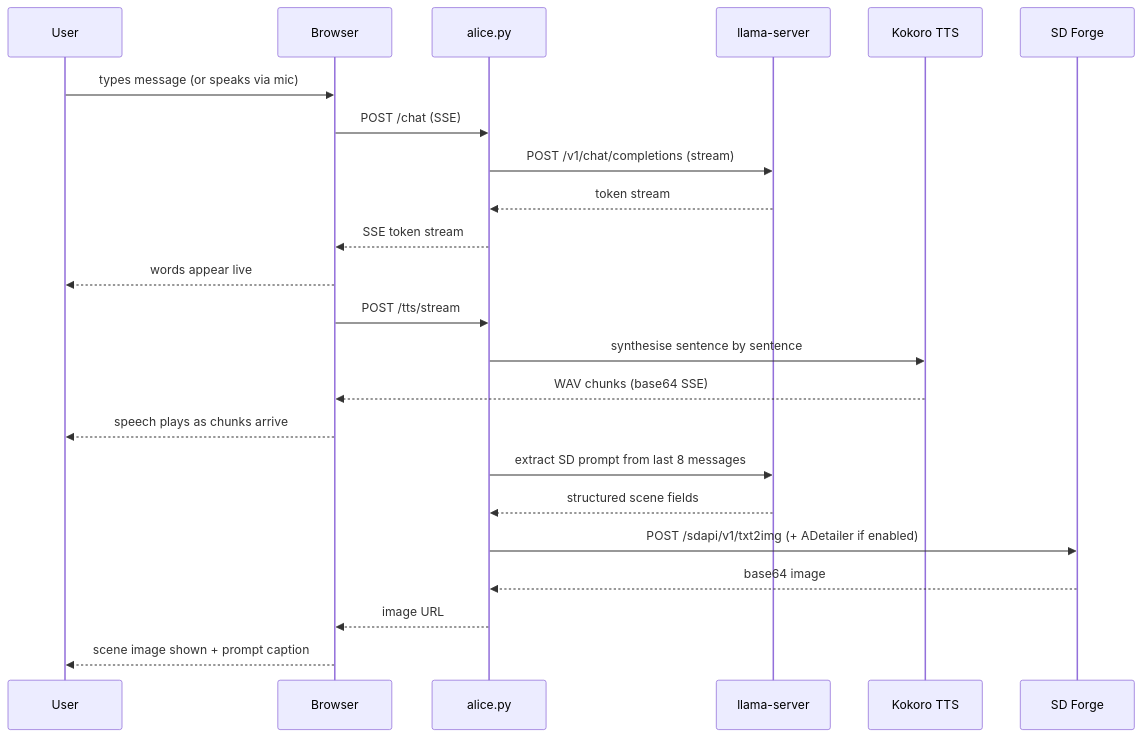
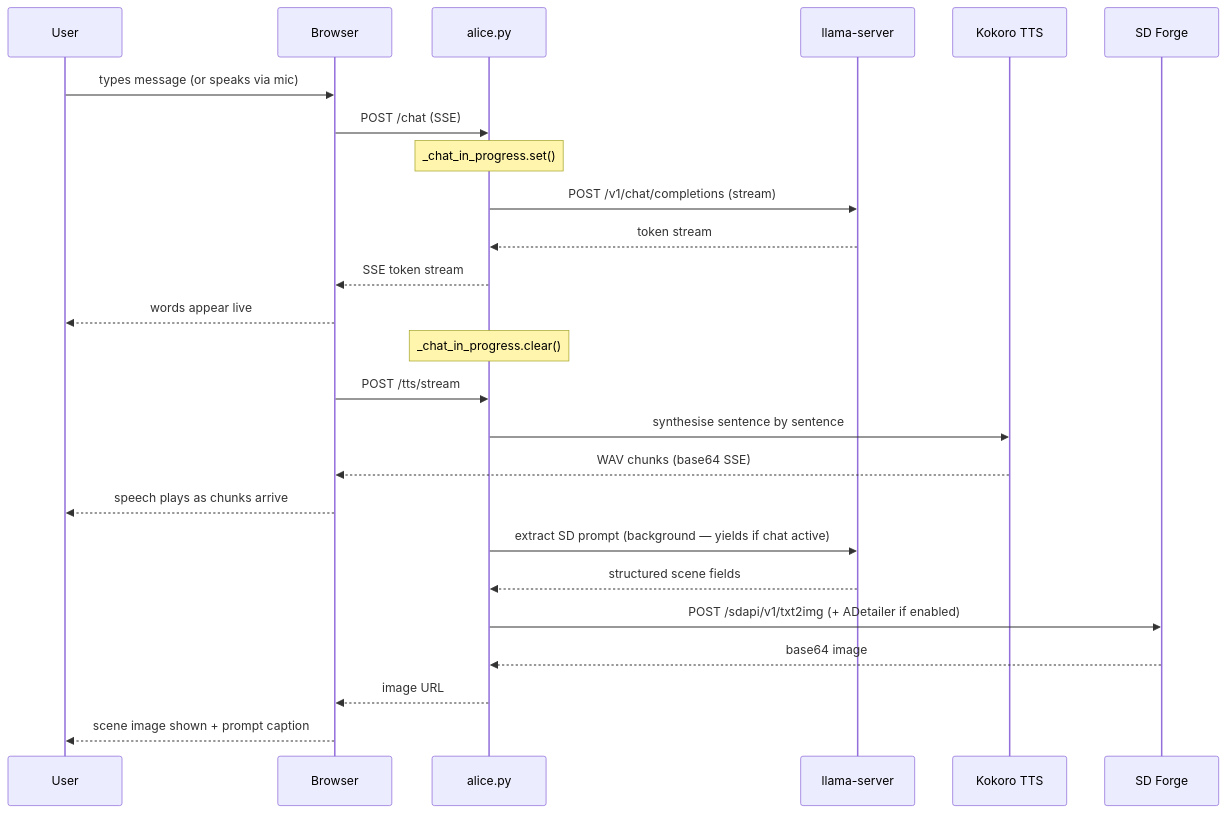
Before and after one commit to cschladetsch/PyLocalEnsemble: the second of 5 diagrams in Readme.md, drawn with Mermaid. The commit also changed other lines of this file and 2 other files, not shown here.

````diff
--- a/Readme.md
+++ b/Readme.md
@@ -448,28 +540,30 @@
 ```mermaid
 sequenceDiagram
     participant U as User
     participant B as Browser
     participant A as alice.py
     participant L as llama-server
     participant K as Kokoro TTS
     participant F as SD Forge
 
     U->>B: types message (or speaks via mic)
     B->>A: POST /chat (SSE)
+    Note over A: _chat_in_progress.set()
     A->>L: POST /v1/chat/completions (stream)
     L-->>A: token stream
     A-->>B: SSE token stream
     B-->>U: words appear live
+    Note over A: _chat_in_progress.clear()
 
     B->>A: POST /tts/stream
     A->>K: synthesise sentence by sentence
     K-->>B: WAV chunks (base64 SSE)
     B-->>U: speech plays as chunks arrive
 
-    A->>L: extract SD prompt from last 8 messages
+    A->>L: extract SD prompt (background — yields if chat active)
     L-->>A: structured scene fields
     A->>F: POST /sdapi/v1/txt2img (+ ADetailer if enabled)
     F-->>A: base64 image
     A-->>B: image URL
     B-->>U: scene image shown + prompt caption
 ```
````
